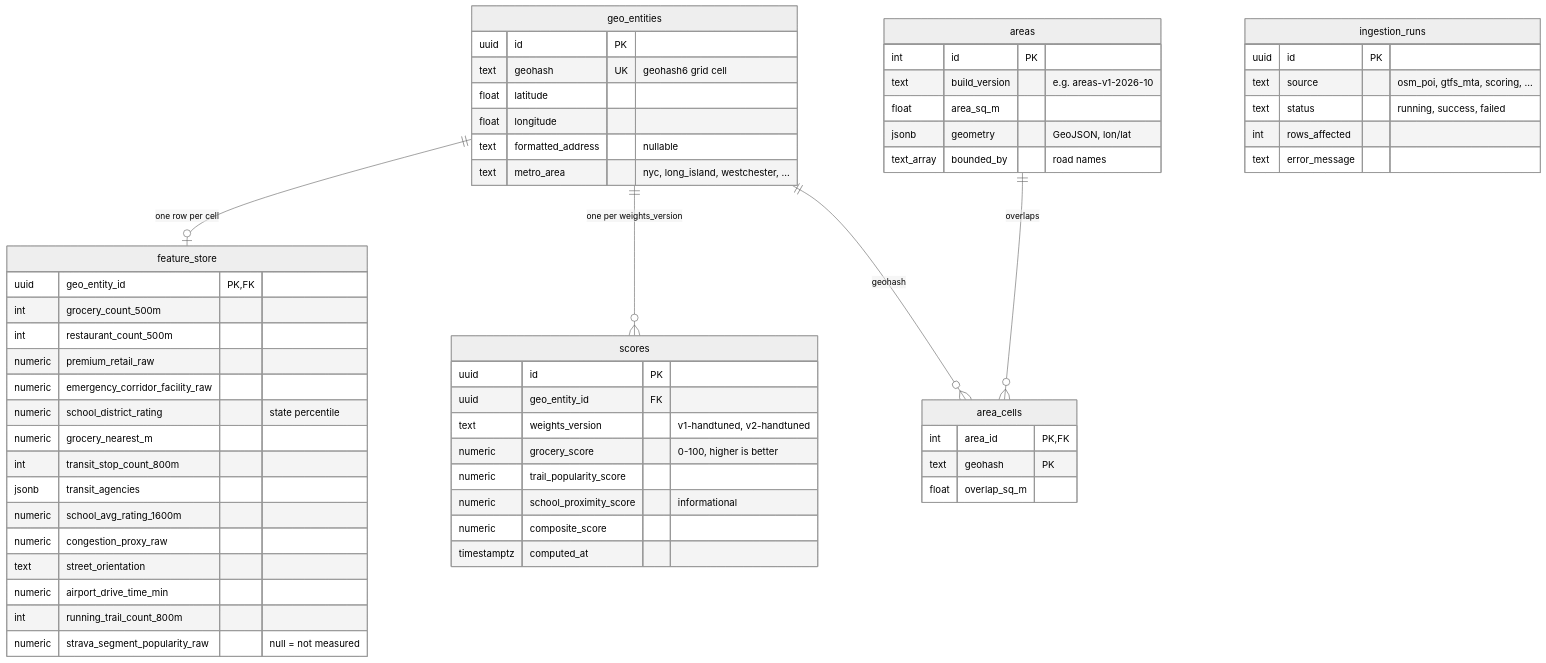
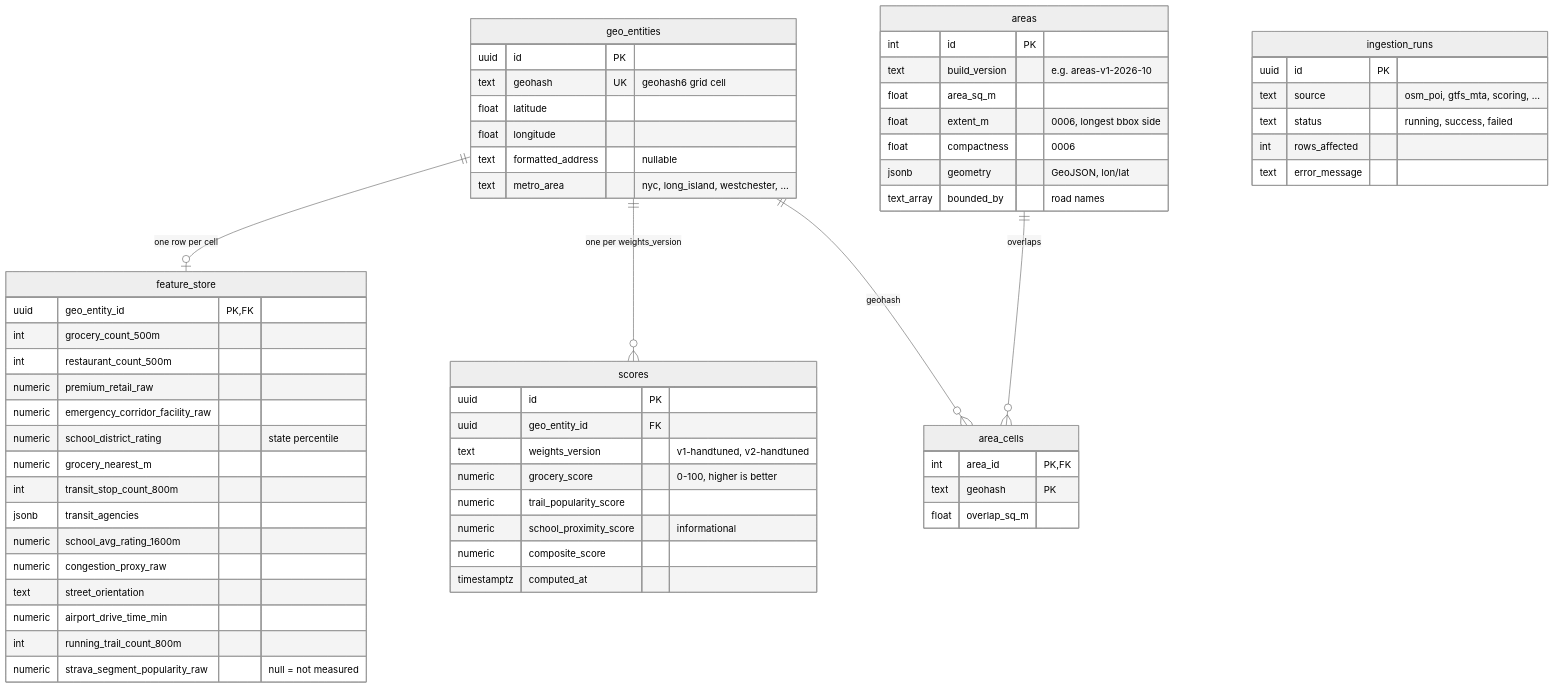
One commit to prajeshgpat/BenriSpace changed the third of 4 diagrams in ARCHITECTURE.md. Above: the diagram before and after it, drawn with Mermaid (neutral theme). The commit also changed other lines of this file and 22 other files, not shown here.

````diff
--- a/ARCHITECTURE.md
+++ b/ARCHITECTURE.md
@@ -142,62 +145,64 @@
 ```mermaid
 erDiagram
   geo_entities ||--o| feature_store : "one row per cell"
   geo_entities ||--o{ scores : "one per weights_version"
   areas ||--o{ area_cells : "overlaps"
   geo_entities ||--o{ area_cells : "geohash"
 
   geo_entities {
     uuid id PK
     text geohash UK "geohash6 grid cell"
     float latitude
     float longitude
     text formatted_address "nullable"
     text metro_area "nyc, long_island, westchester, ..."
   }
   feature_store {
     uuid geo_entity_id PK, FK
     int grocery_count_500m
     int restaurant_count_500m
     numeric premium_retail_raw
     numeric emergency_corridor_facility_raw
     numeric school_district_rating "state percentile"
     numeric grocery_nearest_m
     int transit_stop_count_800m
     jsonb transit_agencies
     numeric school_avg_rating_1600m
     numeric congestion_proxy_raw
     text street_orientation
     numeric airport_drive_time_min
     int running_trail_count_800m
     numeric strava_segment_popularity_raw "null = not measured"
   }
   scores {
     uuid id PK
     uuid geo_entity_id FK
     text weights_version "v1-handtuned, v2-handtuned"
     numeric grocery_score "0-100, higher is better"
     numeric trail_popularity_score
     numeric school_proximity_score "informational"
     numeric composite_score
     timestamptz computed_at
   }
   areas {
     int id PK
     text build_version "e.g. areas-v1-2026-10"
     float area_sq_m
+    float extent_m "0006, longest bbox side"
+    float compactness "0006"
     jsonb geometry "GeoJSON, lon/lat"
     text_array bounded_by "road names"
   }
   area_cells {
     int area_id PK, FK
     text geohash PK
     float overlap_sq_m
   }
   ingestion_runs {
     uuid id PK
     text source "osm_poi, gtfs_mta, scoring, ..."
     text status "running, success, failed"
     int rows_affected
     text error_message
   }
 ```
````
